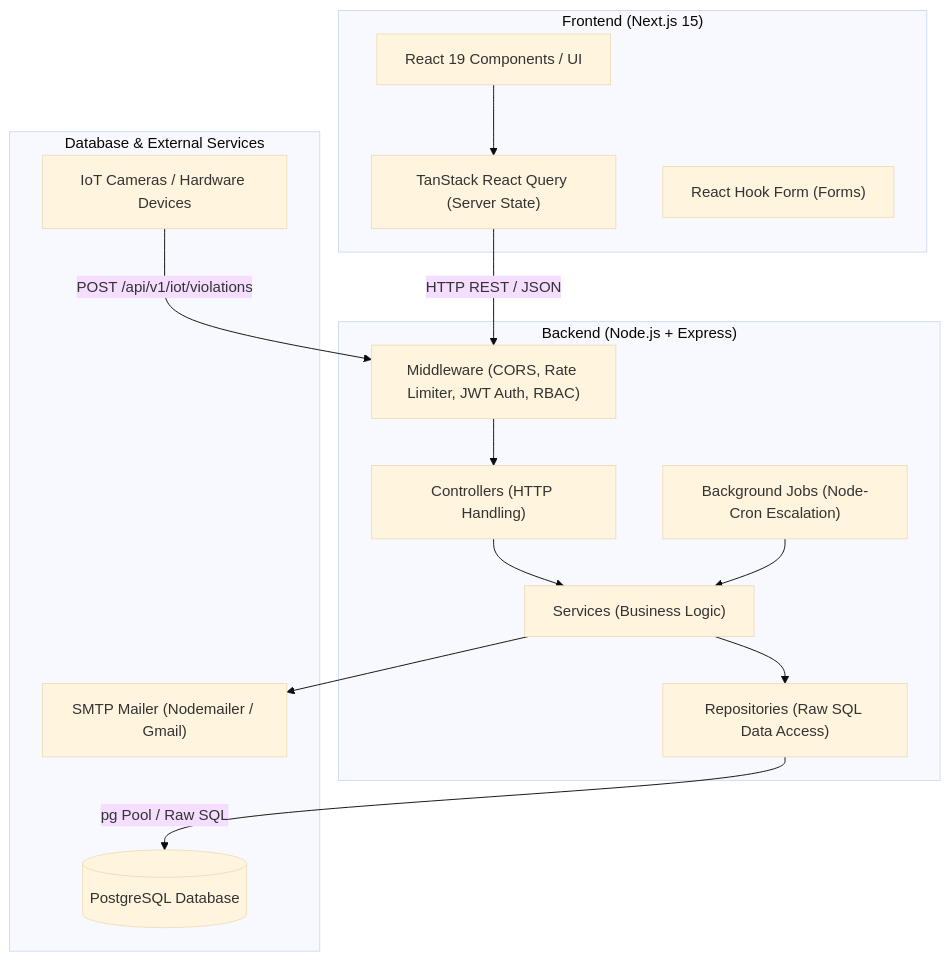
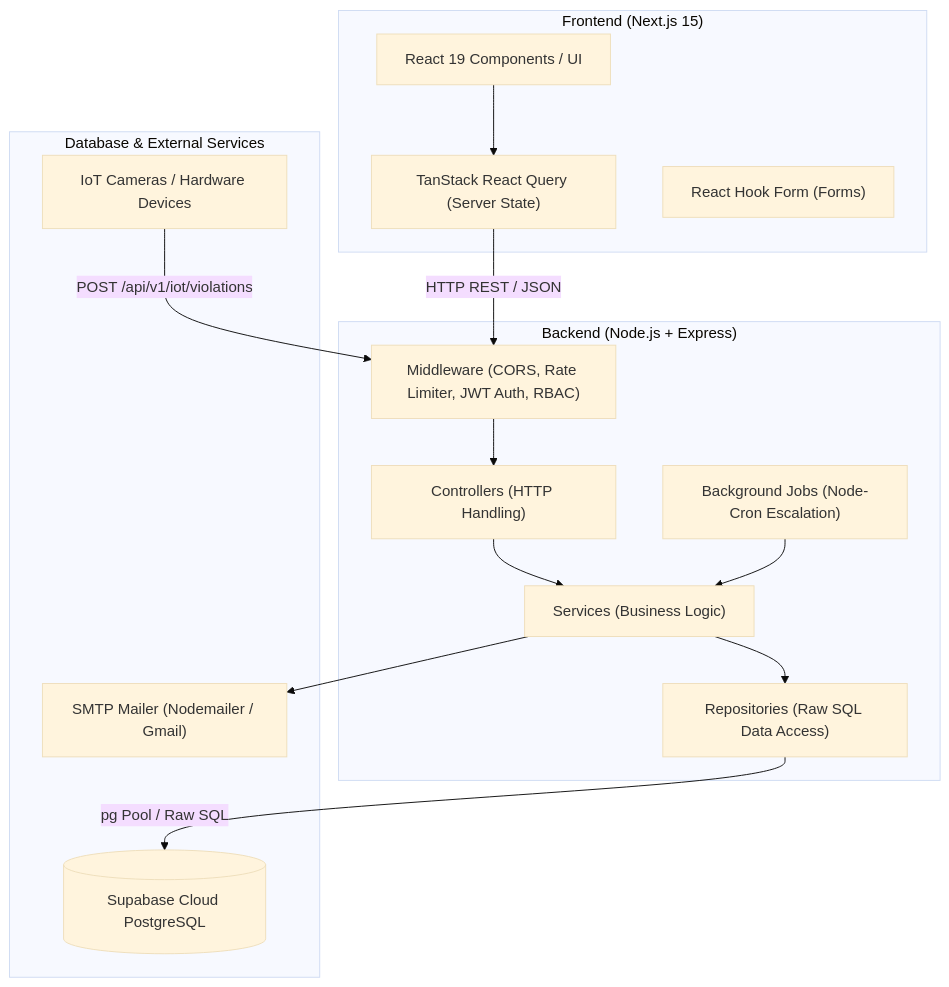
Before and after one commit to psgpraveen/ppe-compliance-system: the diagram in docs/architecture.md, drawn with Mermaid (base theme). The commit also changed 1 other file, not shown here.

Commit message:
feat: migrate to Supabase Cloud PostgreSQL with automated migrations and add system architecture documentation

````diff
--- a/docs/architecture.md
+++ b/docs/architecture.md
@@ -11,32 +11,32 @@
 ```mermaid
 flowchart TD
     subgraph Client ["Frontend (Next.js 15)"]
         UI["React 19 Components / UI"]
         RQ["TanStack React Query (Server State)"]
         RHF["React Hook Form (Forms)"]
     end
 
     subgraph API ["Backend (Node.js + Express)"]
         MW["Middleware (CORS, Rate Limiter, JWT Auth, RBAC)"]
         CTRL["Controllers (HTTP Handling)"]
         SVC["Services (Business Logic)"]
         CRON["Background Jobs (Node-Cron Escalation)"]
         REPO["Repositories (Raw SQL Data Access)"]
     end
 
     subgraph Storage ["Database & External Services"]
-        DB[(PostgreSQL Database)]
+        DB[(Supabase Cloud PostgreSQL)]
         SMTP["SMTP Mailer (Nodemailer / Gmail)"]
         IOT["IoT Cameras / Hardware Devices"]
     end
 
     UI --> RQ
     RQ -->|HTTP REST / JSON| MW
     IOT -->|POST /api/v1/iot/violations| MW
     MW --> CTRL
     CTRL --> SVC
     CRON --> SVC
     SVC --> REPO
     SVC --> SMTP
     REPO -->|pg Pool / Raw SQL| DB
 ```
````
